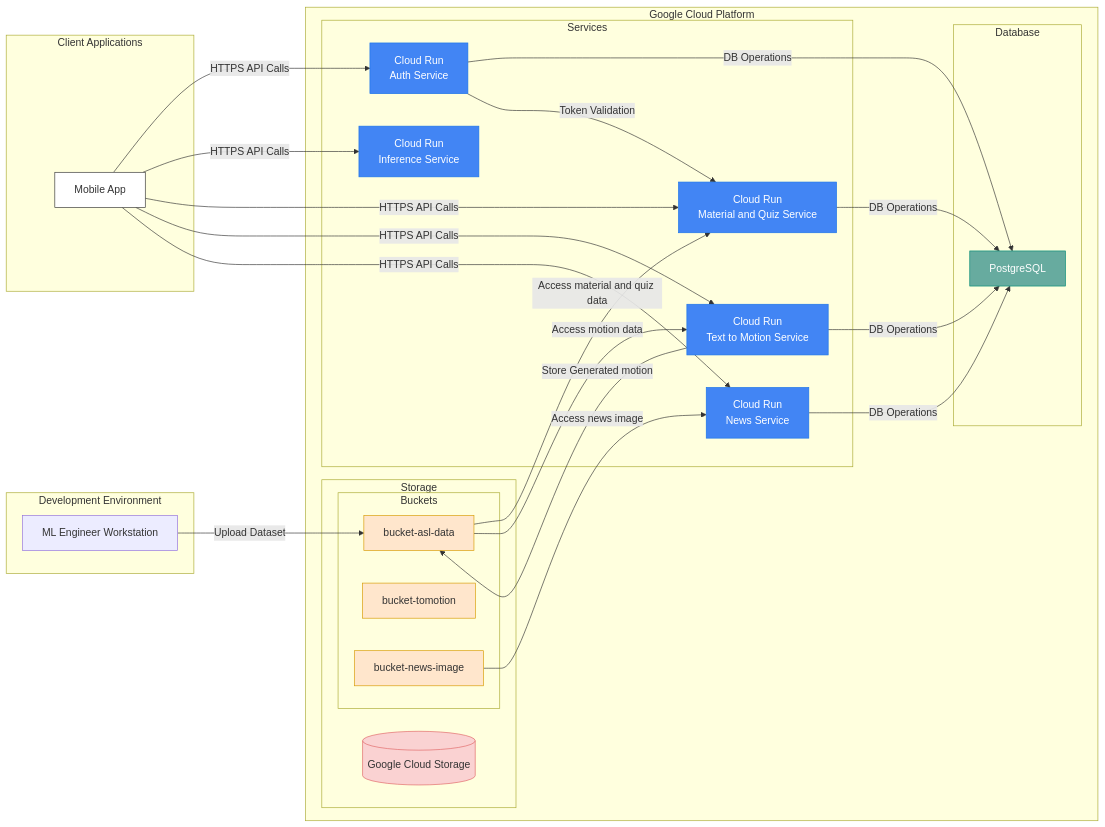
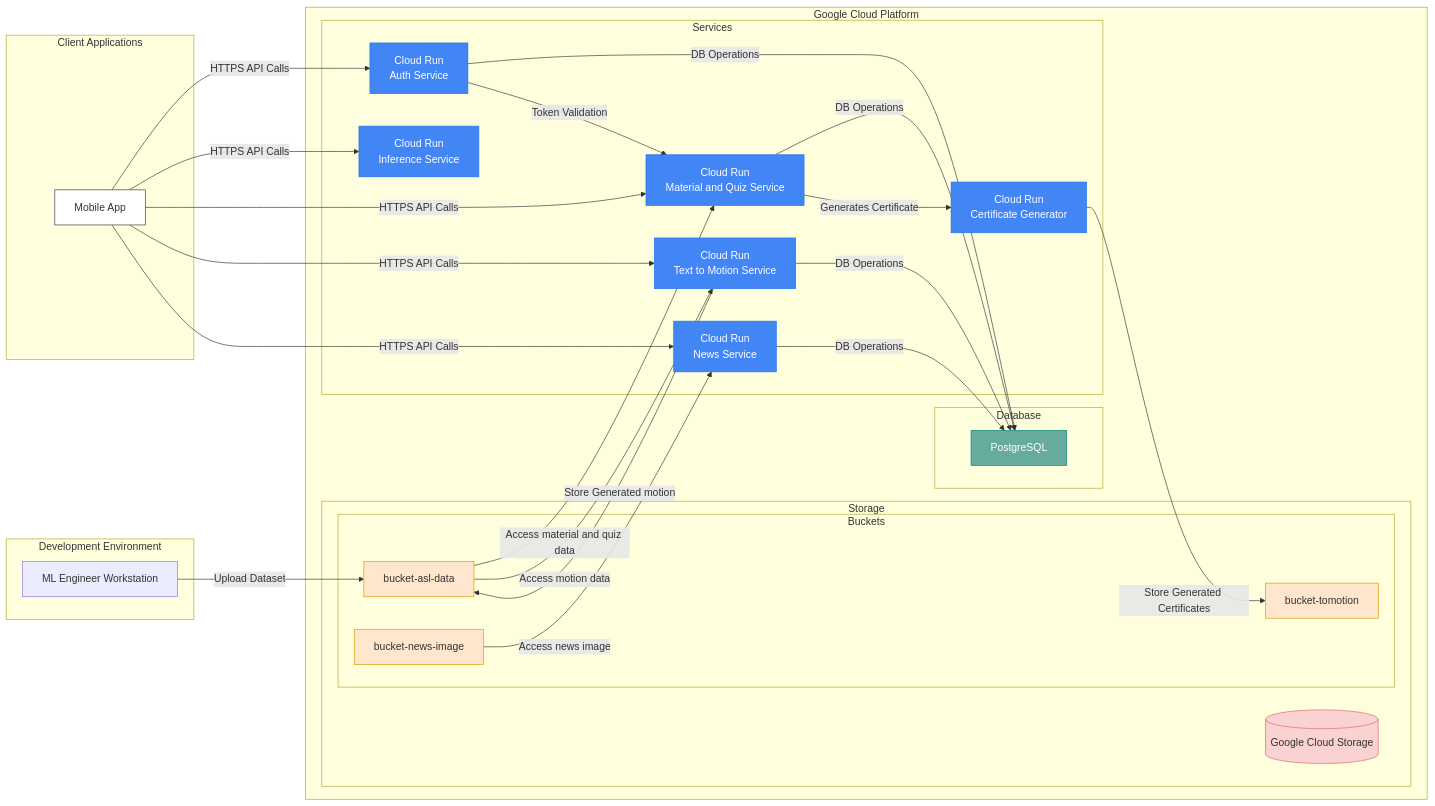
One commit to Bangkit-Capstone-Project-C242-PS363/.github changed the diagram in profile/README.md. Above: the diagram before and after it, drawn with Mermaid.

````diff
--- a/profile/README.md
+++ b/profile/README.md
@@ -1,70 +1,73 @@
 ```mermaid
 graph LR
     subgraph "Development Environment"
         ML[ML Engineer Workstation]
     end
 
     subgraph "Google Cloud Platform"
         subgraph "Storage"
             GCS[("Google Cloud Storage")]
             subgraph "Buckets"
                 Dataset[bucket-asl-data]
                 Model[bucket-tomotion]
                 ImageBucket[bucket-news-image]
             end
         end
 
         subgraph "Database"
             SQL["PostgreSQL"]
         end
 
         subgraph "Services"
             CR1["Cloud Run<br/>Auth Service"]
             CR2["Cloud Run<br/>Inference Service"]
             CR3["Cloud Run<br/>Material and Quiz Service"]
             CR6["Cloud Run<br/>Text to Motion Service"]
             CR7["Cloud Run<br/>News Service"]
+            CR8["Cloud Run<br/>Certificate Generator"]
         end
     end
 
     subgraph "Client Applications"
         Mobile["Mobile App"]
     end
 
     %% Development Flow
     ML -->|"Upload Dataset"| Dataset
     
     %% Model & Dataset Access
     Dataset -->|"Access material and quiz data"| CR3
     Dataset -->|"Access motion data"| CR6
     ImageBucket -->|"Access news image"| CR7
     CR6 -->|"Store Generated motion"| Dataset
+    CR8 --> |"Store Generated Certificates"| Model
 
     %% Database Connections
     CR1 -->|"DB Operations"| SQL
     CR3 -->|"DB Operations"| SQL
     CR6 -->|"DB Operations"| SQL
     CR7 -->|"DB Operations"| SQL
 
     %% Service Communications
     CR1 -->|"Token Validation"| CR3
 
     %% Client Communications
     Mobile -->|"HTTPS API Calls"| CR1
     Mobile -->|"HTTPS API Calls"| CR2
     Mobile -->|"HTTPS API Calls"| CR3
     Mobile -->|"HTTPS API Calls"| CR6
     Mobile -->|"HTTPS API Calls"| CR7
+    CR3 -->|"Generates Certificate"| CR8
 
     classDef gcpService fill:#4285f4,stroke:#1a73e8,color:white;
     classDef storage fill:#fad2d2,stroke:#e06666;
     classDef client fill:#fff,stroke:#333;
     classDef bucket fill:#ffe6cc,stroke:#d79b00;
     classDef database fill:#67AB9F,stroke:#008975,color:white;
 
     class GCS storage;
     class Dataset,Model,ImageBucket,NewsBucket bucket;
-    class CR1,CR2,CR3,CR6,CR7 gcpService;
+    class CR1,CR2,CR3,CR6,CR7,CR8 gcpService;
     class Mobile client;
     class SQL database;
 ```
````
